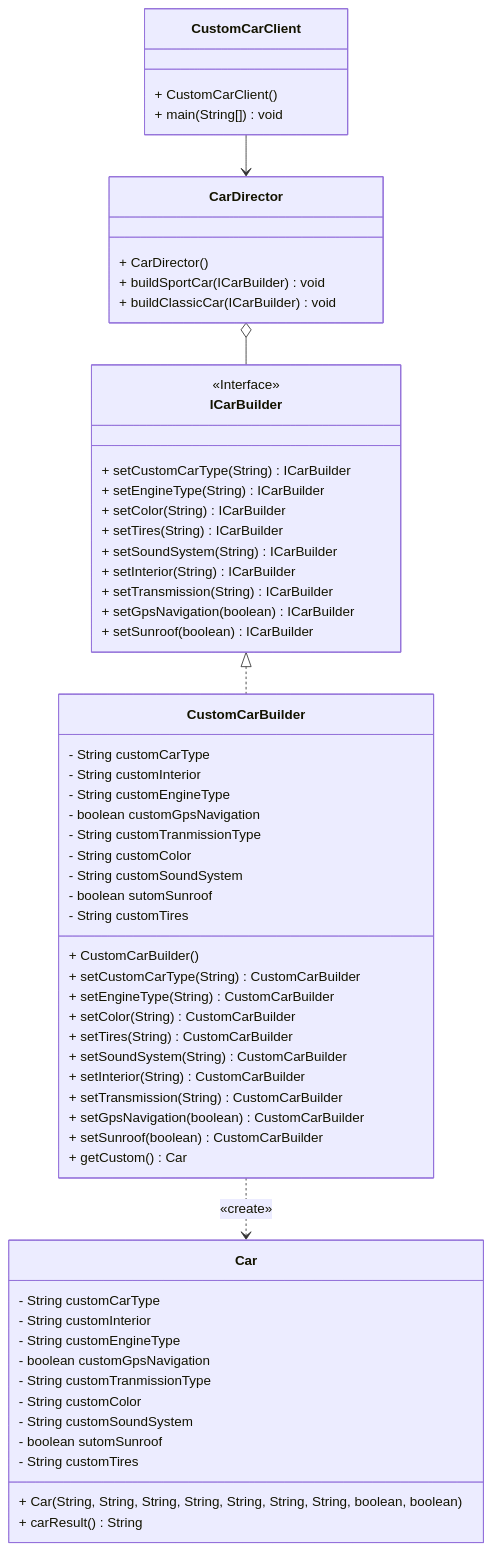
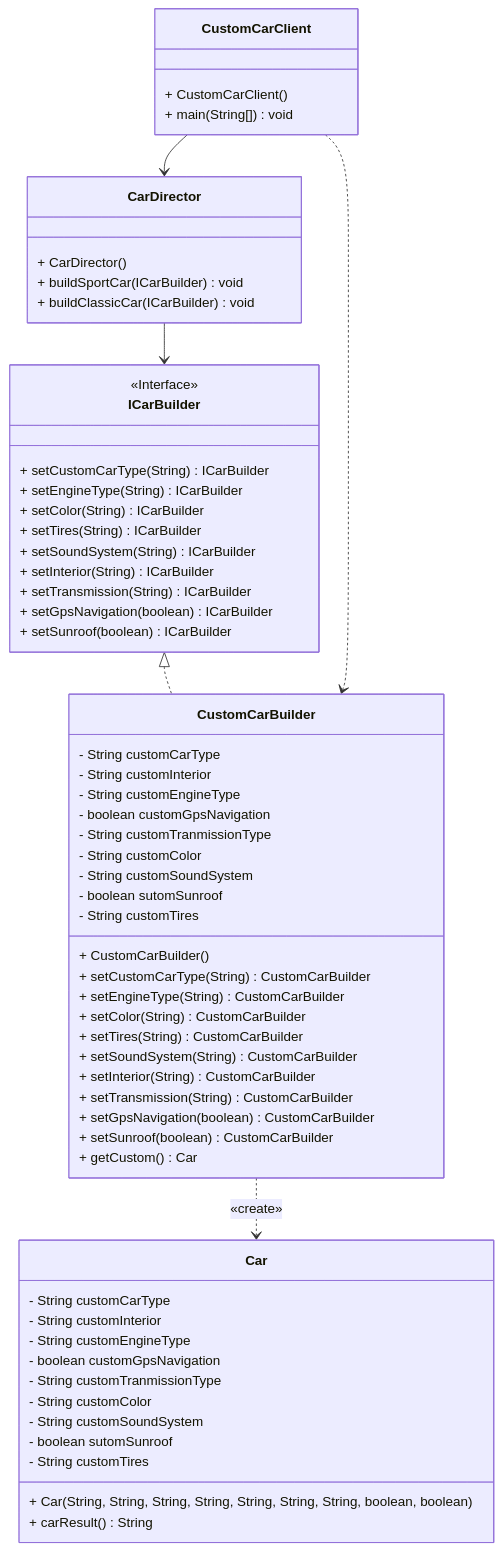
The diagram in escenario1/DiagramaClases.md (earamirez190/unisabana-maestria-arq-sw1-act1), drawn with Mermaid before and after one commit.

Commit message:
Actualizar las relaciones en DiagramaClases.md

````diff
--- a/escenario1/DiagramaClases.md
+++ b/escenario1/DiagramaClases.md
@@ -3,68 +3,69 @@
 ```mermaid
 
 classDiagram
 
 class Car {
   + Car(String, String, String, String, String, String, String, boolean, boolean)
   - String customCarType
   - String customInterior
   - String customEngineType
   - boolean customGpsNavigation
   - String customTranmissionType
   - String customColor
   - String customSoundSystem
   - boolean sutomSunroof
   - String customTires
   + carResult() String
 }
 class CarDirector {
   + CarDirector() 
   + buildSportCar(ICarBuilder) void
   + buildClassicCar(ICarBuilder) void
 }
 class CustomCarBuilder {
   + CustomCarBuilder() 
   - String customCarType
   - String customInterior
   - String customEngineType
   - boolean customGpsNavigation
   - String customTranmissionType
   - String customColor
   - String customSoundSystem
   - boolean sutomSunroof
   - String customTires
   + setCustomCarType(String) CustomCarBuilder
   + setEngineType(String) CustomCarBuilder
   + setColor(String) CustomCarBuilder
   + setTires(String) CustomCarBuilder
   + setSoundSystem(String) CustomCarBuilder
   + setInterior(String) CustomCarBuilder
   + setTransmission(String) CustomCarBuilder
   + setGpsNavigation(boolean) CustomCarBuilder
   + setSunroof(boolean) CustomCarBuilder
   + getCustom() Car
 }
 class CustomCarClient {
   + CustomCarClient() 
   + main(String[]) void
 }
 class ICarBuilder {
 <<Interface>>
   + setCustomCarType(String) ICarBuilder
   + setEngineType(String) ICarBuilder
   + setColor(String) ICarBuilder
   + setTires(String) ICarBuilder
   + setSoundSystem(String) ICarBuilder
   + setInterior(String) ICarBuilder
   + setTransmission(String) ICarBuilder
   + setGpsNavigation(boolean) ICarBuilder
   + setSunroof(boolean) ICarBuilder
 }
 
 
 
 ICarBuilder <|.. CustomCarBuilder 
-CarDirector o-- ICarBuilder
+CarDirector --> ICarBuilder
 CustomCarBuilder  ..>  Car : «create»
 CustomCarClient  -->  CarDirector
+CustomCarClient ..>  CustomCarBuilder
 ```
````
